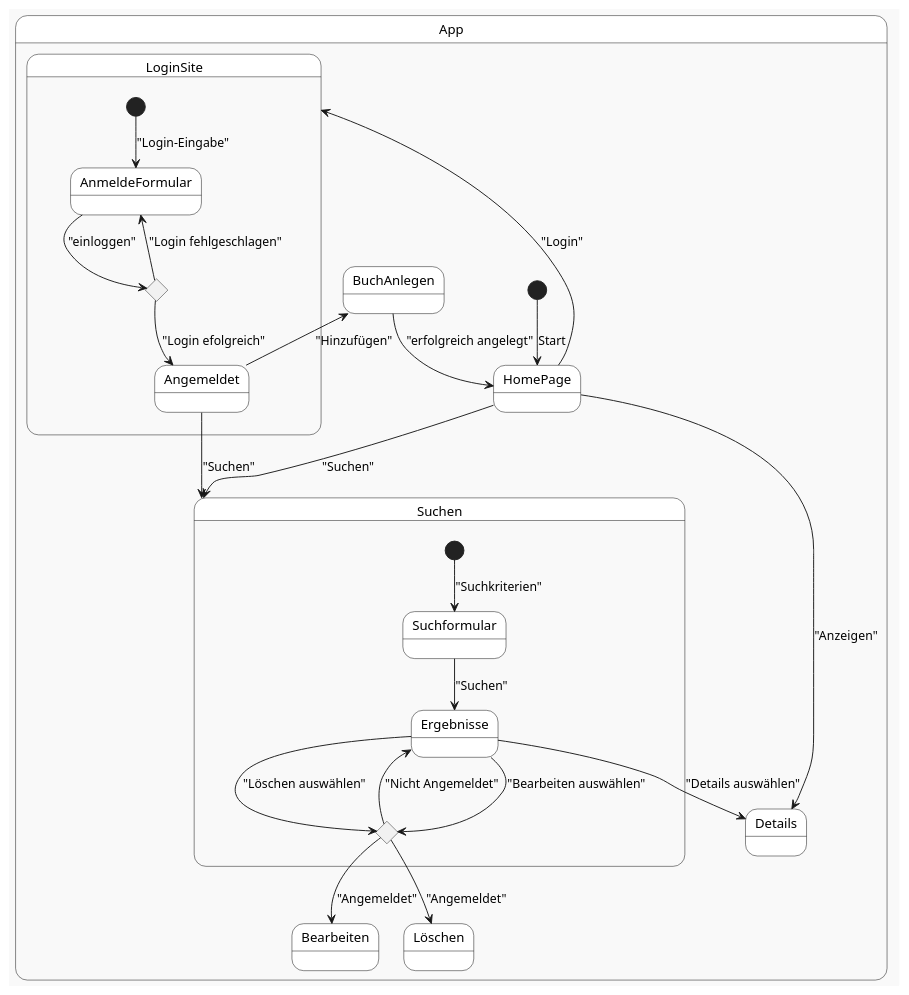
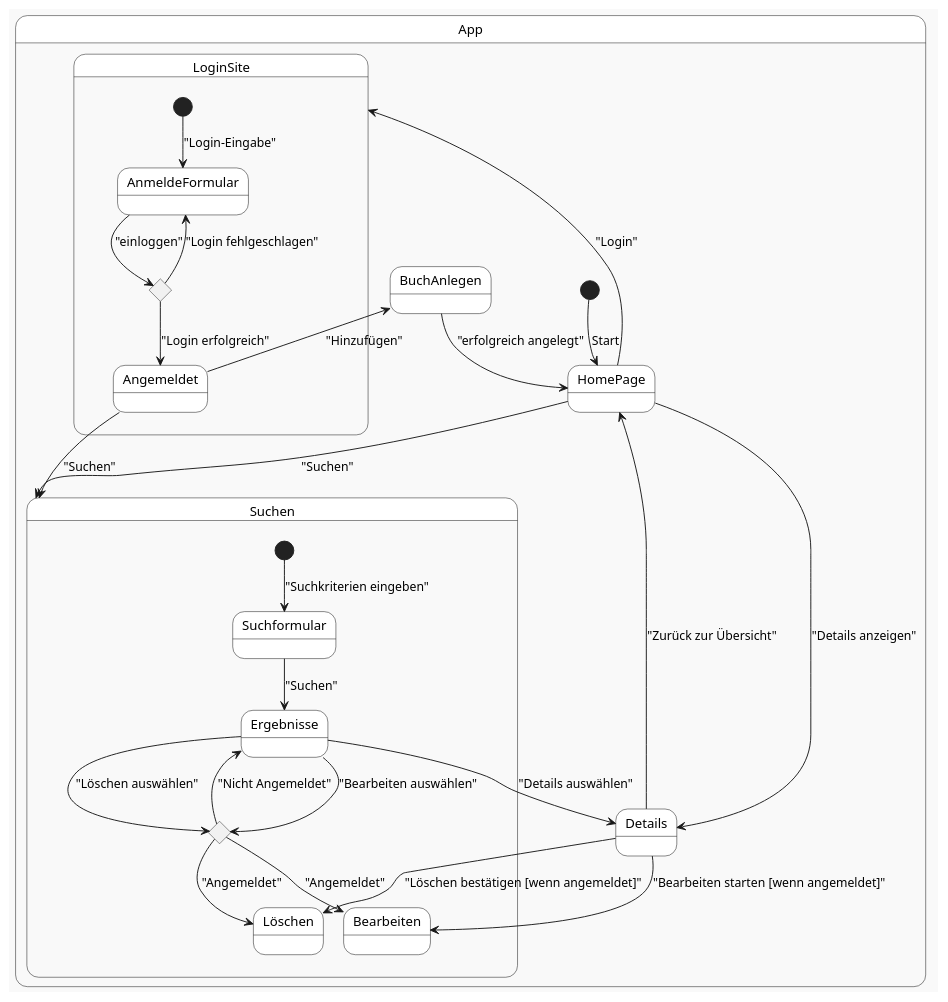
Before and after one commit to MarcoC567/buch_frontend: the diagram in extras/Zustandsdiagramm.plantuml, drawn with PlantUML.

Commit message:
Zustandsdiagramm angepasst

```diff
--- a/extras/Zustandsdiagramm.plantuml
+++ b/extras/Zustandsdiagramm.plantuml
@@ -1,40 +1,46 @@
 @startuml Bookstore
 skinparam backgroundColor #f9f9f9
 skinparam state {
     BackgroundColor White
     BorderColor Black
     FontColor Black
 }
 
 state App {
-[*] --> HomePage : Start
+    [*] --> HomePage : Start
 
-HomePage --> LoginSite : "Login"
-HomePage --> Suchen : "Suchen"
-HomePage --> Details : "Anzeigen"
+    HomePage --> LoginSite : "Login"
+    HomePage --> Suchen : "Suchen"
+    HomePage --> Details : "Details anzeigen"
 
-state LoginSite {
-    [*] --> AnmeldeFormular : "Login-Eingabe"
-    state entscheidung <<choice>>
-    AnmeldeFormular --> entscheidung :"einloggen"
-    entscheidung --> AnmeldeFormular : "Login fehlgeschlagen"
-    entscheidung --> Angemeldet : "Login efolgreich"
+    state LoginSite {
+        [*] --> AnmeldeFormular : "Login-Eingabe"
+        state entscheidung <<choice>>
+        AnmeldeFormular --> entscheidung : "einloggen"
+        entscheidung --> AnmeldeFormular : "Login fehlgeschlagen"
+        entscheidung --> Angemeldet : "Login erfolgreich"
+    }
+
+    Angemeldet --> BuchAnlegen : "Hinzufügen"
+    BuchAnlegen --> HomePage : "erfolgreich angelegt"
+    Angemeldet --> Suchen : "Suchen"
+
+    state Suchen {
+        [*] --> Suchformular : "Suchkriterien eingeben"
+        state bedingung <<choice>>
+        Suchformular --> Ergebnisse : "Suchen"
+        Ergebnisse --> bedingung : "Bearbeiten auswählen"
+        Ergebnisse --> bedingung : "Löschen auswählen"
+        Ergebnisse --> Details : "Details auswählen"
+
+        bedingung --> Bearbeiten : "Angemeldet"
+        bedingung --> Löschen : "Angemeldet"
+        bedingung --> Ergebnisse : "Nicht Angemeldet"
+    }
+
+    Details --> HomePage : "Zurück zur Übersicht"
+    Details --> Bearbeiten : "Bearbeiten starten [wenn angemeldet]"
+    Details --> Löschen : "Löschen bestätigen [wenn angemeldet]"
 }
 
-Angemeldet --> BuchAnlegen : "Hinzufügen"
-BuchAnlegen --> HomePage : "erfolgreich angelegt"
-Angemeldet --> Suchen : "Suchen"
-
-state Suchen {
-    [*] --> Suchformular : "Suchkriterien"
-    state bedingung <<choice>>
-    Suchformular --> Ergebnisse : "Suchen"
-    Ergebnisse --> bedingung : "Bearbeiten auswählen"
-    Ergebnisse --> bedingung : "Löschen auswählen"
-    bedingung --> Ergebnisse : "Nicht Angemeldet"
-}
-bedingung --> Bearbeiten : "Angemeldet"
-bedingung --> Löschen : "Angemeldet"
-Ergebnisse --> Details : "Details auswählen"
-}
 @enduml
```
